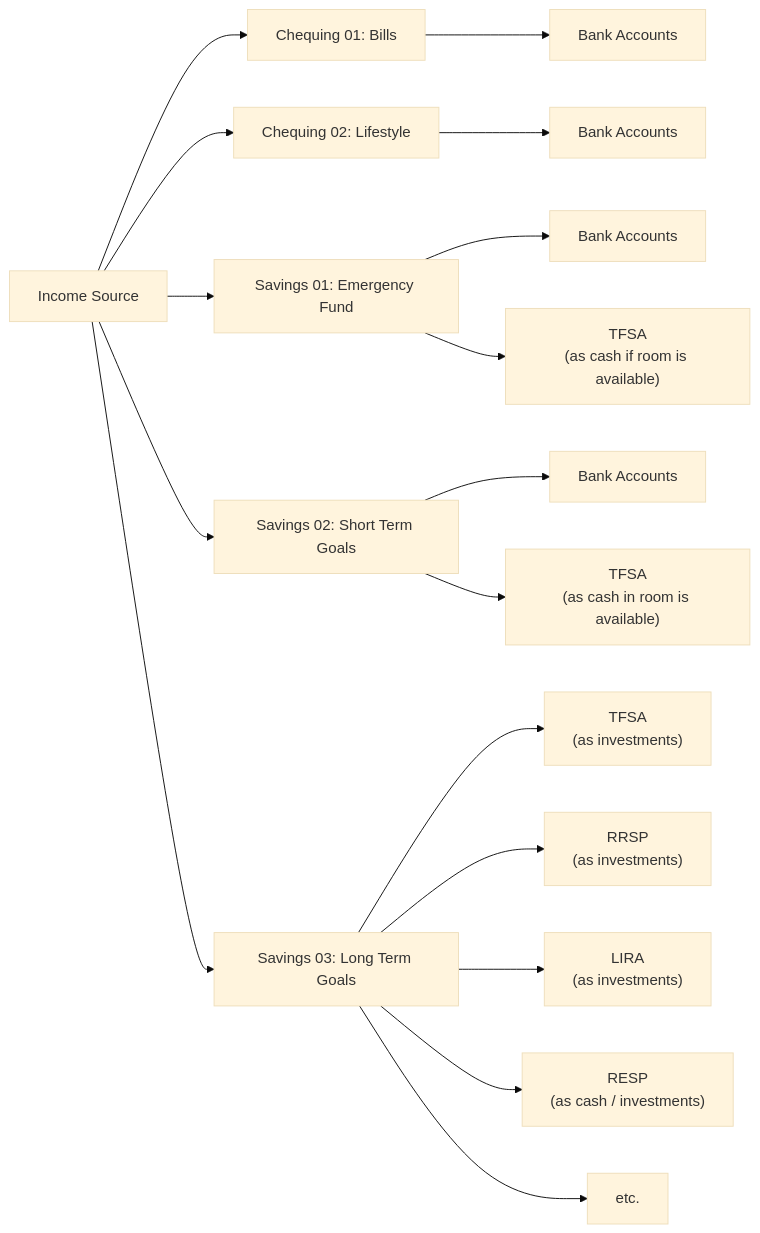
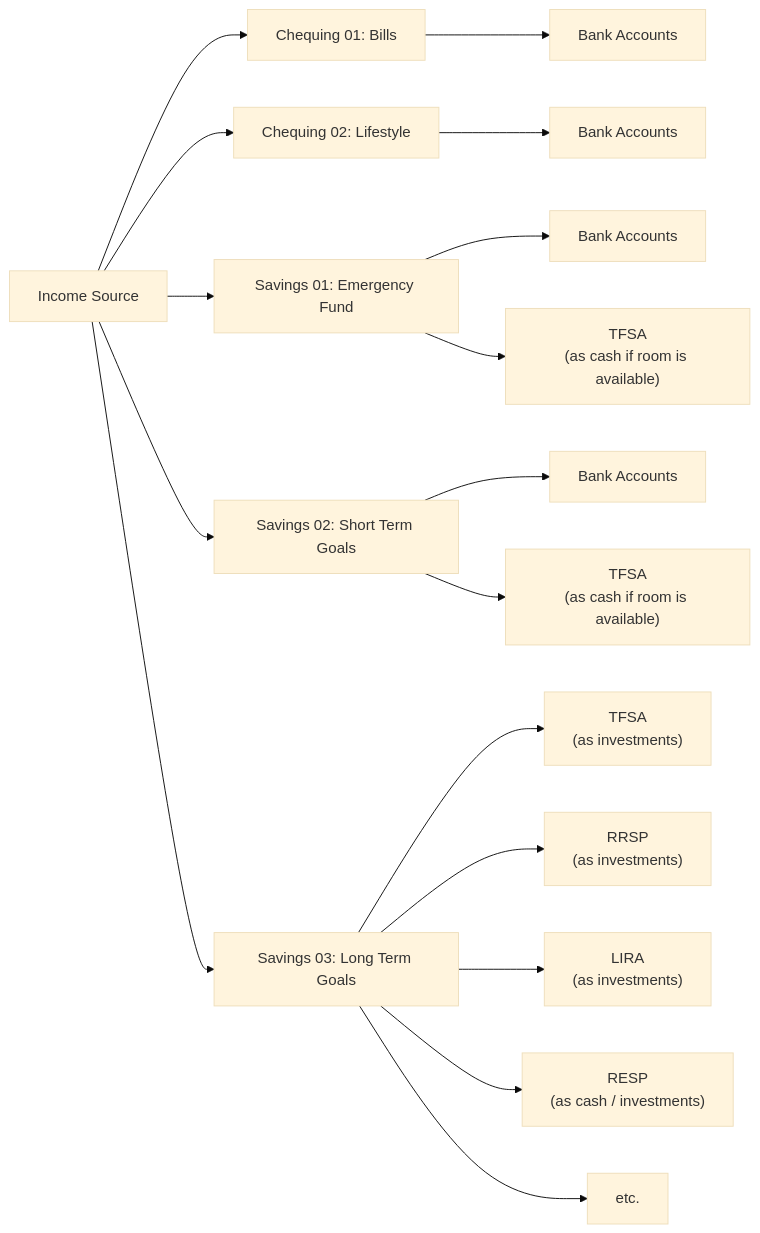
One commit to ksewlochan/Sewlochan changed the diagram in FinancialLiteracy/02b_FinancialLiteracy_HighFiveBanking.md. Above: the diagram before and after it, drawn with Mermaid (base theme).

````diff
--- a/FinancialLiteracy/02b_FinancialLiteracy_HighFiveBanking.md
+++ b/FinancialLiteracy/02b_FinancialLiteracy_HighFiveBanking.md
@@ -28,20 +28,20 @@
 ``` mermaid
 	flowchart LR
 		IncomeSource["Income Source"] --> ChequingBills["Chequing 01: Bills"]
 		IncomeSource --> ChequingLifestyle["Chequing 02: Lifestyle"]
 		IncomeSource --> SavingsEmergencyFund["Savings 01: Emergency Fund"]
 		IncomeSource --> SavingsShortTerm["Savings 02: Short Term Goals"]
 		IncomeSource --> SavingsLongTerm["Savings 03: Long Term Goals"]
 		
 		ChequingBills --> BankAccountA["Bank Accounts"]
 		ChequingLifestyle --> BankAccountB["Bank Accounts"]
 		SavingsEmergencyFund --> BankAccountC["Bank Accounts"]
 		SavingsEmergencyFund --> TFSAa["TFSA<br>(as cash if room is available)"]
 		SavingsShortTerm --> BankAccountD["Bank Accounts"]
-		SavingsShortTerm --> TFSAb["TFSA<br>(as cash in room is available)"]
+		SavingsShortTerm --> TFSAb["TFSA<br>(as cash if room is available)"]
 		SavingsLongTerm --> TFSAc["TFSA<br>(as investments)"]
 		SavingsLongTerm --> RRSP["RRSP<br>(as investments)"]
 		SavingsLongTerm --> LIRA["LIRA<br>(as investments)"]
 		SavingsLongTerm --> RESP["RESP<br>(as cash / investments)"]
 		SavingsLongTerm --> etc["etc."]
 ```
````
